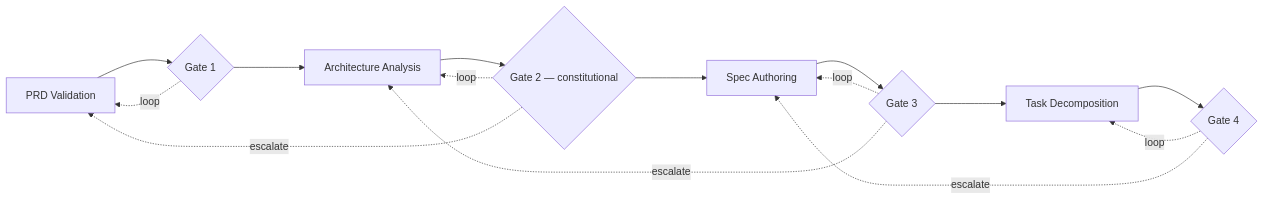
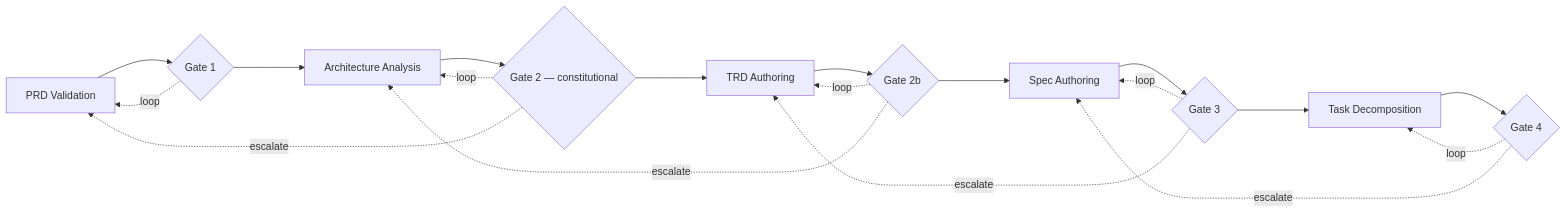
Before and after one commit to mark-satterfield/toolset: the second of 4 diagrams in plugins/agent-teams-workforce/AGENT-TEAMS-WORKFORCE.md, drawn with Mermaid. The commit also changed other lines of this file and 55 other files, not shown here.

````diff
--- a/plugins/agent-teams-workforce/AGENT-TEAMS-WORKFORCE.md
+++ b/plugins/agent-teams-workforce/AGENT-TEAMS-WORKFORCE.md
@@ -48,16 +48,19 @@
 ```mermaid
 graph LR
   V[PRD Validation] --> G1{Gate 1}
   G1 --> A[Architecture Analysis] --> G2{Gate 2 — constitutional}
-  G2 --> S[Spec Authoring] --> G3{Gate 3}
+  G2 --> R[TRD Authoring] --> G2B{Gate 2b}
+  G2B --> S[Spec Authoring] --> G3{Gate 3}
   G3 --> T[Task Decomposition] --> G4{Gate 4}
 
   G1 -. loop .-> V
   G2 -. loop .-> A
+  G2B -. loop .-> R
   G3 -. loop .-> S
   G4 -. loop .-> T
 
   G2 -. escalate .-> V
-  G3 -. escalate .-> A
+  G2B -. escalate .-> A
+  G3 -. escalate .-> R
   G4 -. escalate .-> S
 ```
````
